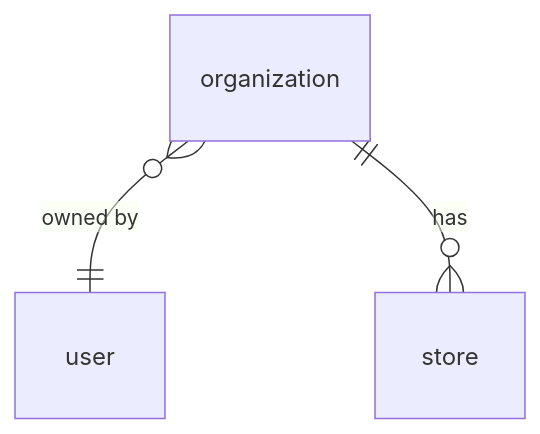
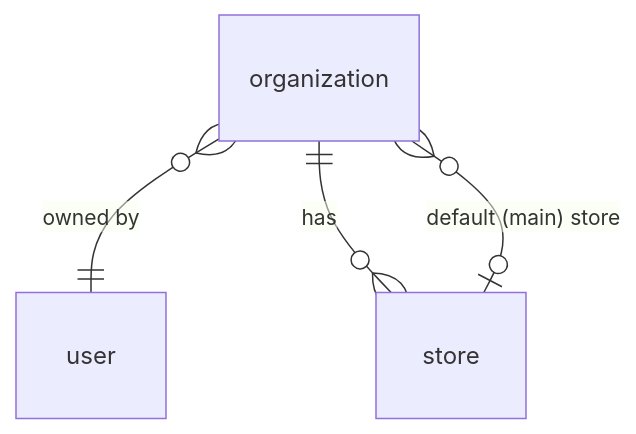
One commit to Shahrukh489/gekkosuite-api changed the second of 13 diagrams in docs/database.md. Above: the diagram before and after it, drawn with Mermaid. The commit also changed other lines of this file and 1 other file, not shown here.

Commit message:
adding org expenses and default store

````diff
--- a/docs/database.md
+++ b/docs/database.md
@@ -344,5 +375,6 @@
 ```mermaid
 erDiagram
     organization }o--|| user : "owned by"
     organization ||--o{ store : "has"
+    organization }o--o| store : "default (main) store"
 ```
````
